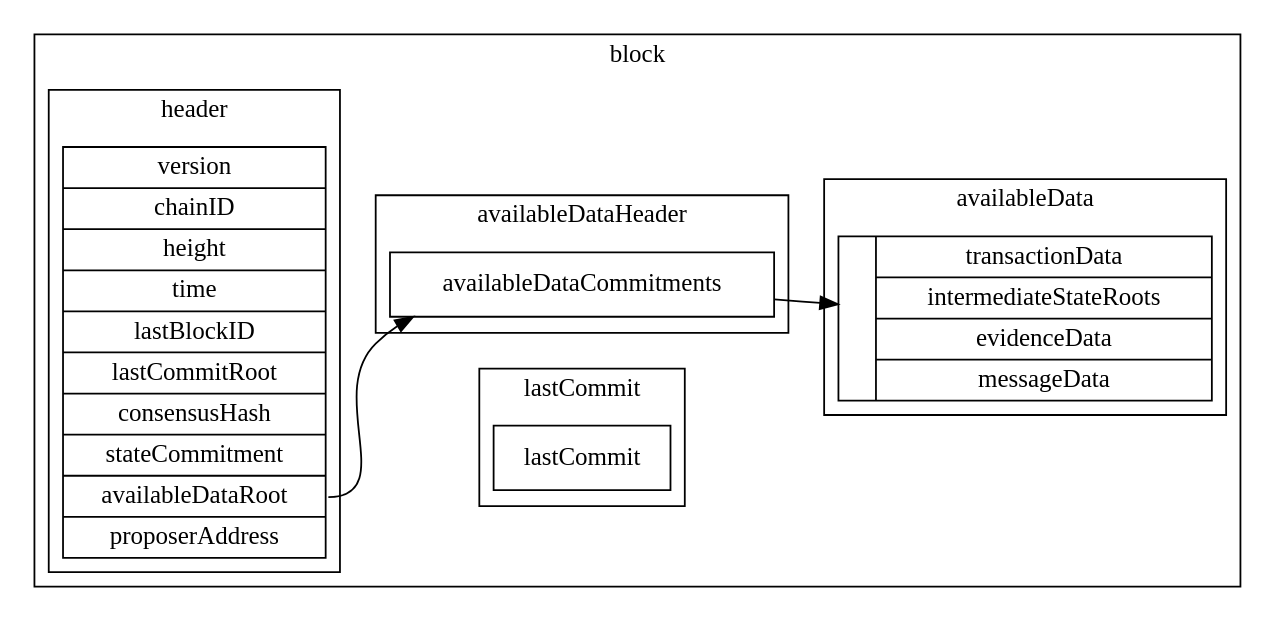
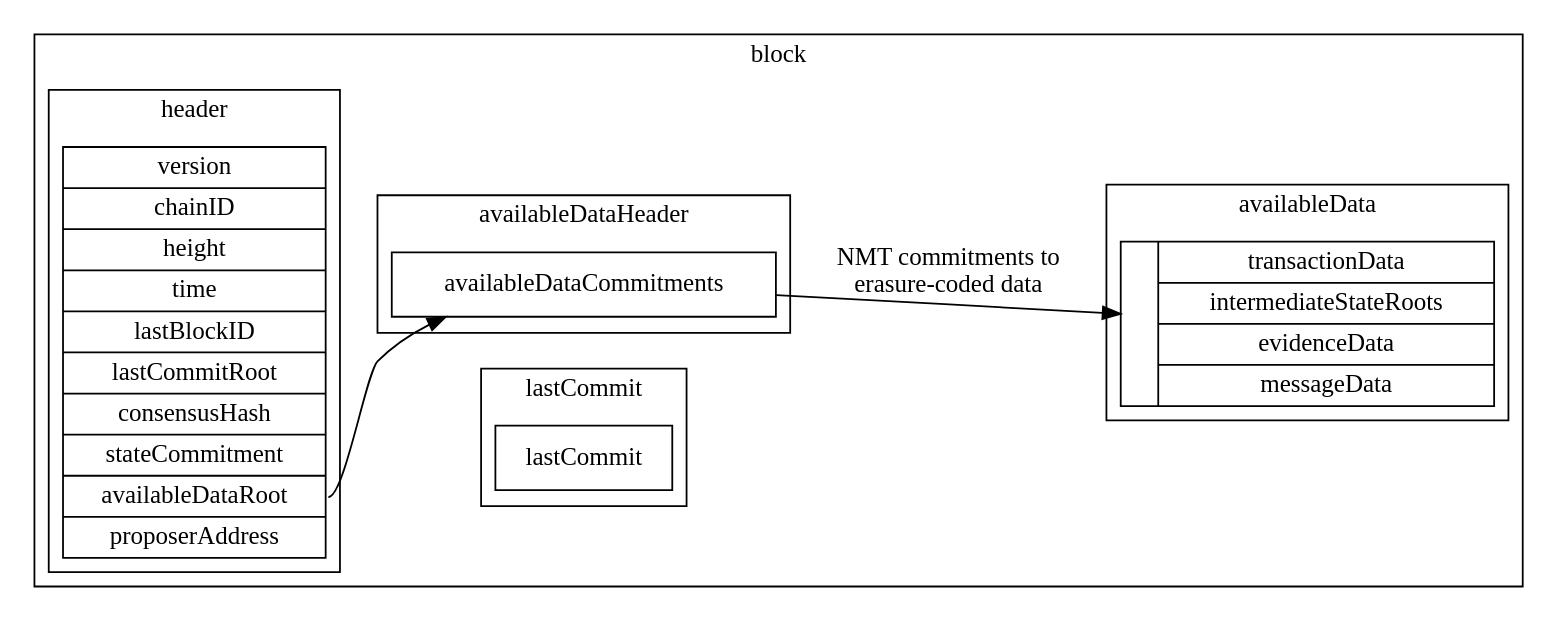
Before and after one commit to celestiaorg/celestia-specs: the diagram in specs/figures/block_data_structures.dot, drawn with Graphviz. The commit also changed 1 other file, not shown here.

Commit message:
Add label to commitment to data in data structures figure.

```diff
--- a/specs/figures/block_data_structures.dot
+++ b/specs/figures/block_data_structures.dot
@@ -1,35 +1,35 @@
 digraph G {
     rankdir = "LR";
     node [shape = record];
 
     subgraph cluster_block {
         label = "block";
 
         subgraph cluster_lastcommit {
             label = "lastCommit";
             struct4 [label = "{lastCommit}"];
         }
 
         subgraph cluster_body {
             label = "availableData";
             struct3 [label = "{ | { transactionData | intermediateStateRoots | evidenceData | messageData } }"];
         }
 
         subgraph cluster_availableheader {
             label = "availableDataHeader";
             struct2 [label = "{<f0> availableDataCommitments}"];
         }
 
         subgraph cluster_header {
             label = "header";
             struct1 [label = "version | chainID | height | time | lastBlockID | lastCommitRoot | consensusHash | stateCommitment | <f8> availableDataRoot | proposerAddress"];
         }
     }
 
     struct1:f8 -> struct2;
-    struct2:f0 -> struct3;
+    struct2:f0 -> struct3 [label = "NMT commitments to\nerasure-coded data"];
 
     edge [style = invis];
     struct1 -> struct3;
     struct1 -> struct4;
 }
```
